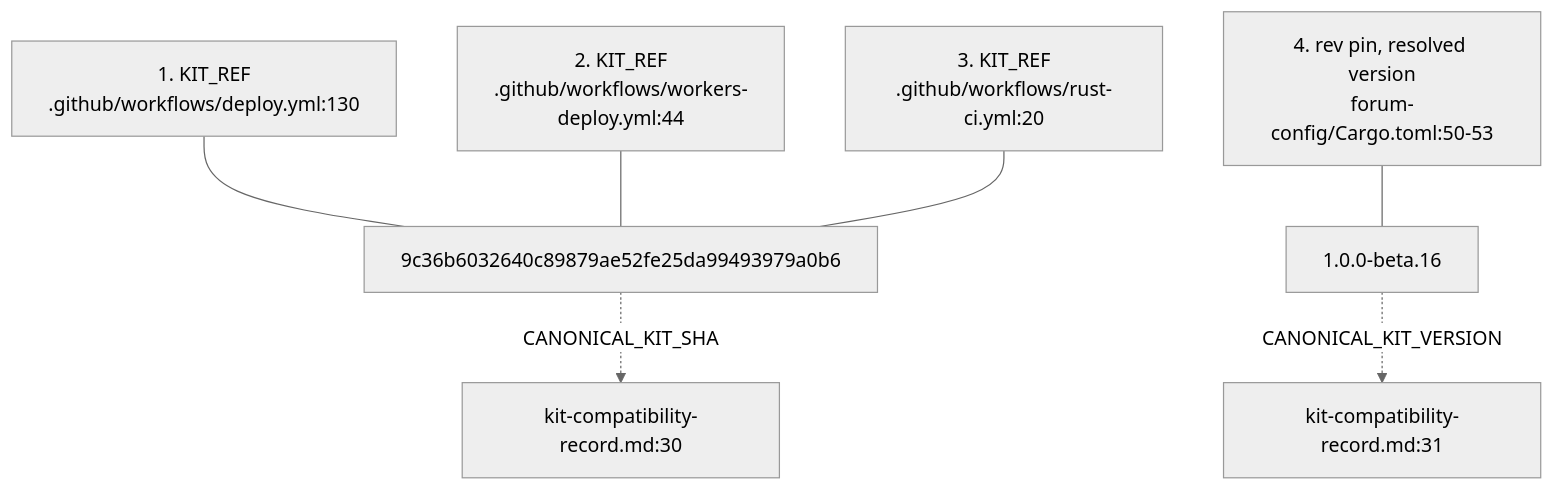
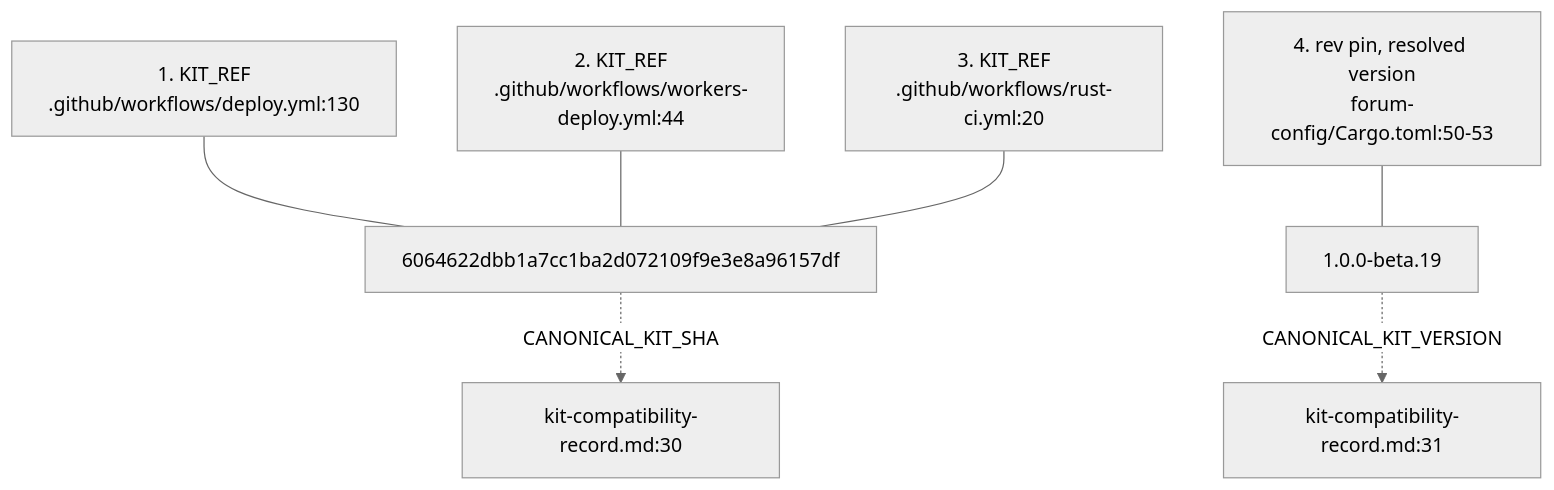
The fourth of 7 diagrams in docs/diagrams/dreamlab-ai-website/01-repo-composition-and-deploy-topology.md (DreamLab-AI/VisionFlow), drawn with Mermaid (neutral theme) before and after one commit. The commit also changed other lines of this file and 59 other files, not shown here.

First line of the commit message:
docs(diagrams): re-derive and re-stamp forum, website, pod, ontomark and sealmap topics

````diff
--- a/docs/diagrams/dreamlab-ai-website/01-repo-composition-and-deploy-topology.md
+++ b/docs/diagrams/dreamlab-ai-website/01-repo-composition-and-deploy-topology.md
@@ -66,9 +66,9 @@
 ```mermaid
 flowchart TB
-    A["1. KIT_REF<br/>.github/workflows/deploy.yml:130"] --- SHA["9c36b6032640c89879ae52fe25da99493979a0b6"]
+    A["1. KIT_REF<br/>.github/workflows/deploy.yml:130"] --- SHA["6064622dbb1a7cc1ba2d072109f9e3e8a96157df"]
     B["2. KIT_REF<br/>.github/workflows/workers-deploy.yml:44"] --- SHA
     C["3. KIT_REF<br/>.github/workflows/rust-ci.yml:20"] --- SHA
-    D["4. rev pin, resolved version<br/>forum-config/Cargo.toml:50-53"] --- VER["1.0.0-beta.16"]
+    D["4. rev pin, resolved version<br/>forum-config/Cargo.toml:50-53"] --- VER["1.0.0-beta.19"]
     SHA -.->|"CANONICAL_KIT_SHA"| REC["kit-compatibility-record.md:30"]
     VER -.->|"CANONICAL_KIT_VERSION"| REC2["kit-compatibility-record.md:31"]
 ```
````
